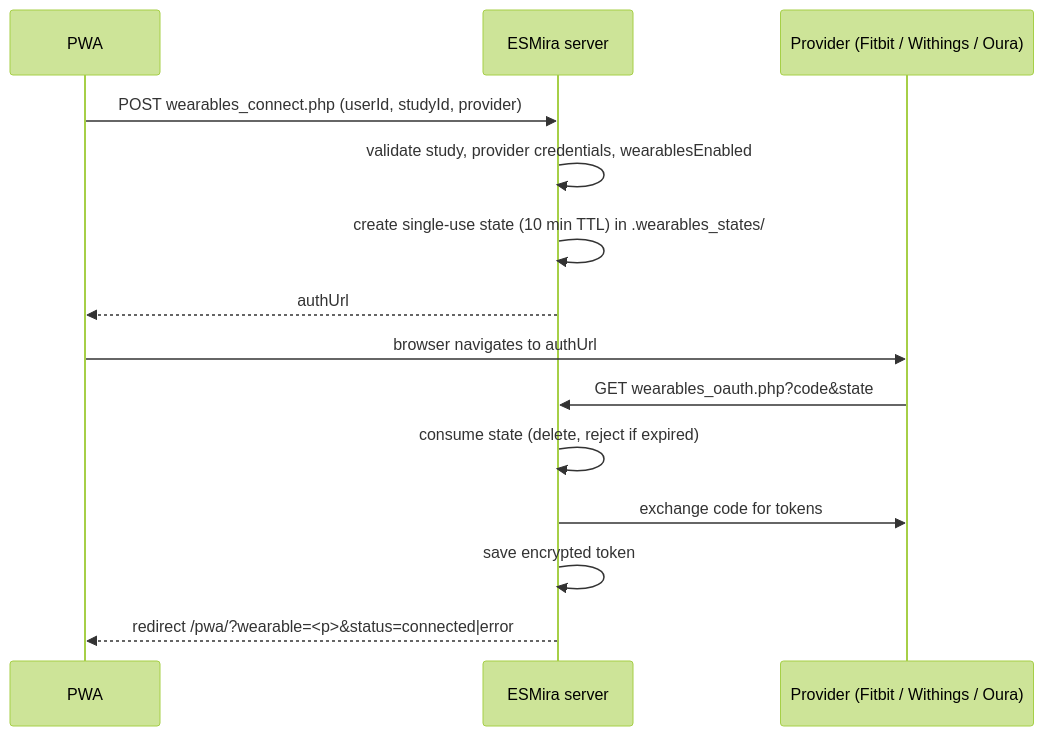
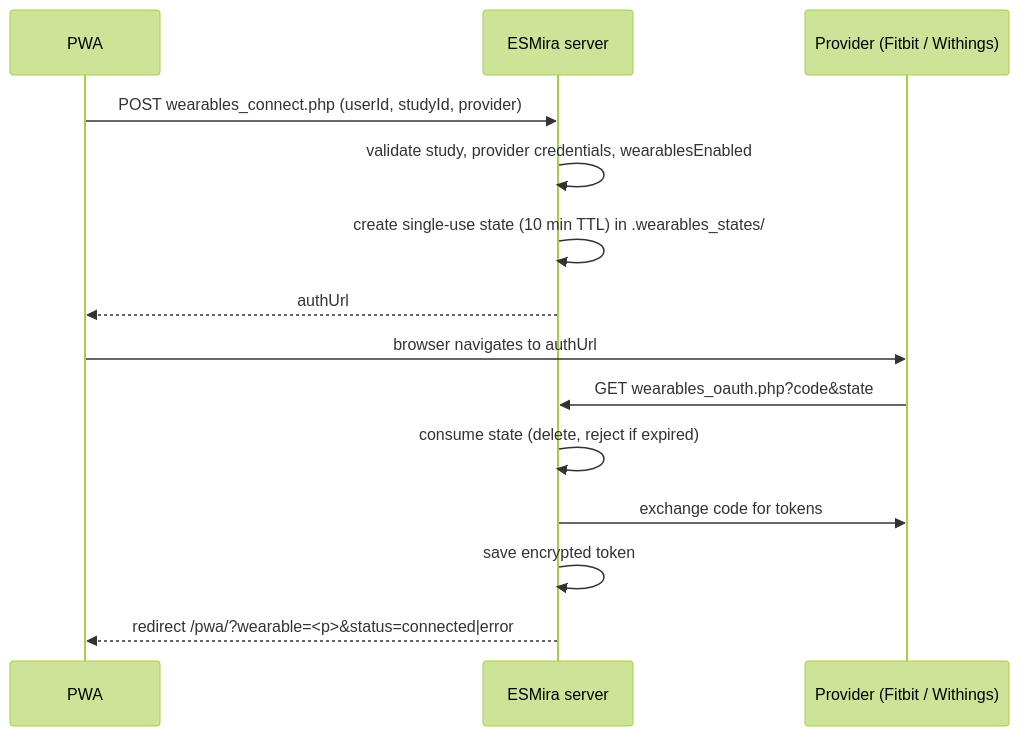
The diagram in website/docs/backend/wearables.md (andreifoldes/ESMira-web), drawn with Mermaid (forest theme) before and after one commit. The commit also changed other lines of this file and 5 other files, not shown here.

````diff
--- a/website/docs/backend/wearables.md
+++ b/website/docs/backend/wearables.md
@@ -53,16 +52,16 @@
 ```mermaid
 sequenceDiagram
   participant P as PWA
   participant S as ESMira server
-  participant W as Provider (Fitbit / Withings / Oura)
+  participant W as Provider (Fitbit / Withings)
   P->>S: POST wearables_connect.php (userId, studyId, provider)
   S->>S: validate study, provider credentials, wearablesEnabled
   S->>S: create single-use state (10 min TTL) in .wearables_states/
   S-->>P: authUrl
   P->>W: browser navigates to authUrl
   W->>S: GET wearables_oauth.php?code&state
   S->>S: consume state (delete, reject if expired)
   S->>W: exchange code for tokens
   S->>S: save encrypted token
   S-->>P: redirect /pwa/?wearable=<p>&status=connected|error
 ```
````
